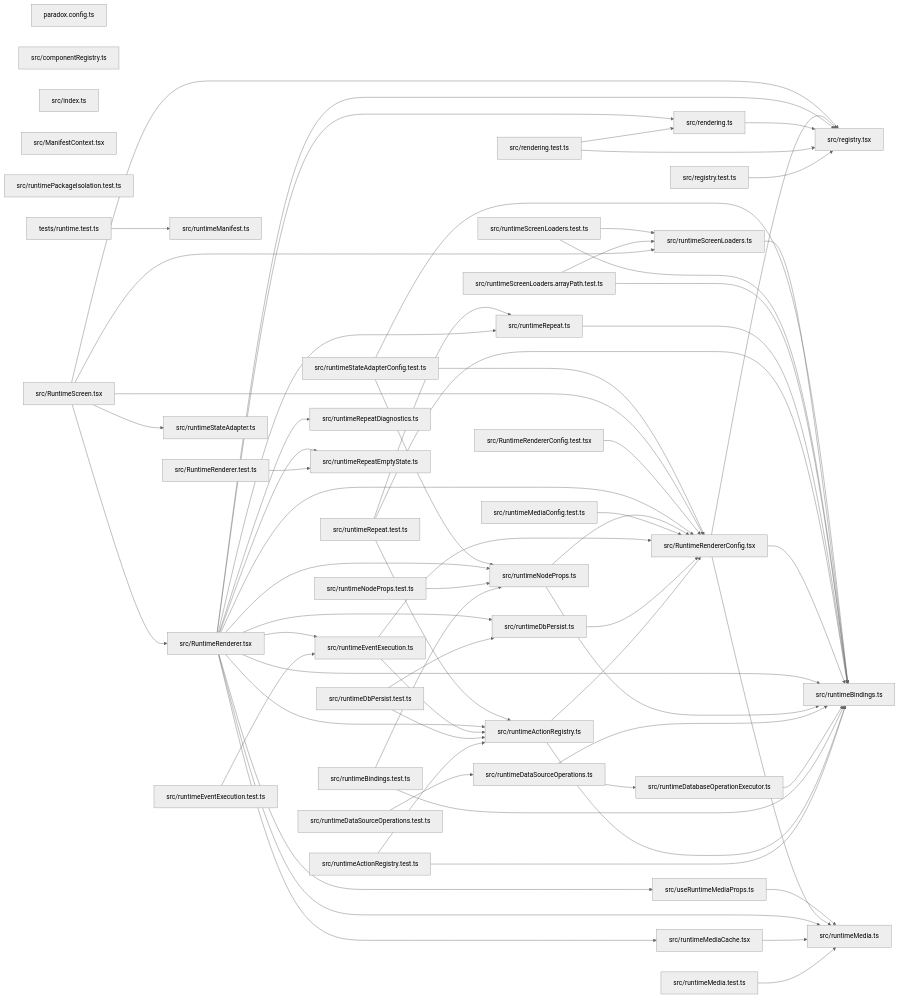
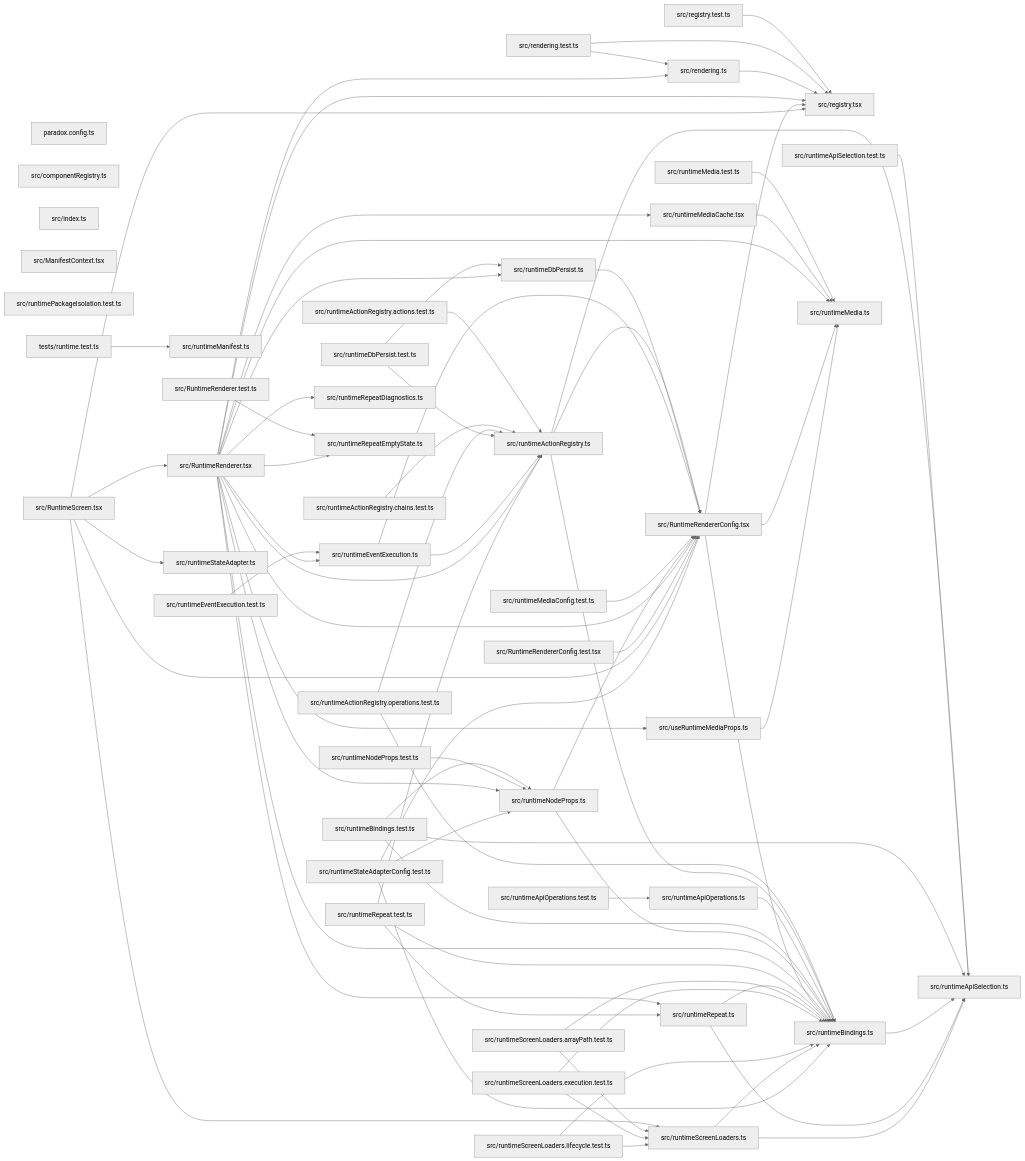
Before and after one commit to ankhorage/runtime: the diagram in paradox/diagrams/module-relationships.mmd, drawn with Mermaid (neutral theme). The commit also changed 10 other files, not shown here.

```diff
--- a/paradox/diagrams/module-relationships.mmd
+++ b/paradox/diagrams/module-relationships.mmd
@@ -1,108 +1,120 @@
 graph LR
   module_paradox_config_ts["paradox.config.ts"]
   module_src_componentRegistry_ts["src/componentRegistry.ts"]
   module_src_index_ts["src/index.ts"]
   module_src_ManifestContext_tsx["src/ManifestContext.tsx"]
   module_src_registry_test_ts["src/registry.test.ts"]
   module_src_registry_tsx["src/registry.tsx"]
   module_src_rendering_test_ts["src/rendering.test.ts"]
   module_src_rendering_ts["src/rendering.ts"]
-  module_src_runtimeActionRegistry_test_ts["src/runtimeActionRegistry.test.ts"]
+  module_src_runtimeActionRegistry_actions_test_ts["src/runtimeActionRegistry.actions.test.ts"]
+  module_src_runtimeActionRegistry_chains_test_ts["src/runtimeActionRegistry.chains.test.ts"]
+  module_src_runtimeActionRegistry_operations_test_ts["src/runtimeActionRegistry.operations.test.ts"]
   module_src_runtimeActionRegistry_ts["src/runtimeActionRegistry.ts"]
+  module_src_runtimeApiOperations_test_ts["src/runtimeApiOperations.test.ts"]
+  module_src_runtimeApiOperations_ts["src/runtimeApiOperations.ts"]
+  module_src_runtimeApiSelection_test_ts["src/runtimeApiSelection.test.ts"]
+  module_src_runtimeApiSelection_ts["src/runtimeApiSelection.ts"]
   module_src_runtimeBindings_test_ts["src/runtimeBindings.test.ts"]
   module_src_runtimeBindings_ts["src/runtimeBindings.ts"]
-  module_src_runtimeDatabaseOperationExecutor_ts["src/runtimeDatabaseOperationExecutor.ts"]
-  module_src_runtimeDataSourceOperations_test_ts["src/runtimeDataSourceOperations.test.ts"]
-  module_src_runtimeDataSourceOperations_ts["src/runtimeDataSourceOperations.ts"]
   module_src_runtimeDbPersist_test_ts["src/runtimeDbPersist.test.ts"]
   module_src_runtimeDbPersist_ts["src/runtimeDbPersist.ts"]
   module_src_runtimeEventExecution_test_ts["src/runtimeEventExecution.test.ts"]
   module_src_runtimeEventExecution_ts["src/runtimeEventExecution.ts"]
   module_src_runtimeManifest_ts["src/runtimeManifest.ts"]
   module_src_runtimeMedia_test_ts["src/runtimeMedia.test.ts"]
   module_src_runtimeMedia_ts["src/runtimeMedia.ts"]
   module_src_runtimeMediaCache_tsx["src/runtimeMediaCache.tsx"]
   module_src_runtimeMediaConfig_test_ts["src/runtimeMediaConfig.test.ts"]
   module_src_runtimeNodeProps_test_ts["src/runtimeNodeProps.test.ts"]
   module_src_runtimeNodeProps_ts["src/runtimeNodeProps.ts"]
   module_src_runtimePackageIsolation_test_ts["src/runtimePackageIsolation.test.ts"]
   module_src_RuntimeRenderer_test_ts["src/RuntimeRenderer.test.ts"]
   module_src_RuntimeRenderer_tsx["src/RuntimeRenderer.tsx"]
   module_src_RuntimeRendererConfig_test_tsx["src/RuntimeRendererConfig.test.tsx"]
   module_src_RuntimeRendererConfig_tsx["src/RuntimeRendererConfig.tsx"]
   module_src_runtimeRepeat_test_ts["src/runtimeRepeat.test.ts"]
   module_src_runtimeRepeat_ts["src/runtimeRepeat.ts"]
   module_src_runtimeRepeatDiagnostics_ts["src/runtimeRepeatDiagnostics.ts"]
   module_src_runtimeRepeatEmptyState_ts["src/runtimeRepeatEmptyState.ts"]
   module_src_RuntimeScreen_tsx["src/RuntimeScreen.tsx"]
   module_src_runtimeScreenLoaders_arrayPath_test_ts["src/runtimeScreenLoaders.arrayPath.test.ts"]
-  module_src_runtimeScreenLoaders_test_ts["src/runtimeScreenLoaders.test.ts"]
+  module_src_runtimeScreenLoaders_execution_test_ts["src/runtimeScreenLoaders.execution.test.ts"]
+  module_src_runtimeScreenLoaders_lifecycle_test_ts["src/runtimeScreenLoaders.lifecycle.test.ts"]
   module_src_runtimeScreenLoaders_ts["src/runtimeScreenLoaders.ts"]
   module_src_runtimeStateAdapter_ts["src/runtimeStateAdapter.ts"]
   module_src_runtimeStateAdapterConfig_test_ts["src/runtimeStateAdapterConfig.test.ts"]
   module_src_useRuntimeMediaProps_ts["src/useRuntimeMediaProps.ts"]
   module_tests_runtime_test_ts["tests/runtime.test.ts"]
   module_src_registry_test_ts --> module_src_registry_tsx
   module_src_rendering_test_ts --> module_src_registry_tsx
   module_src_rendering_test_ts --> module_src_rendering_ts
   module_src_rendering_ts --> module_src_registry_tsx
-  module_src_runtimeActionRegistry_test_ts --> module_src_runtimeActionRegistry_ts
-  module_src_runtimeActionRegistry_test_ts --> module_src_runtimeBindings_ts
+  module_src_runtimeActionRegistry_actions_test_ts --> module_src_runtimeActionRegistry_ts
+  module_src_runtimeActionRegistry_chains_test_ts --> module_src_runtimeActionRegistry_ts
+  module_src_runtimeActionRegistry_operations_test_ts --> module_src_runtimeActionRegistry_ts
+  module_src_runtimeActionRegistry_operations_test_ts --> module_src_runtimeBindings_ts
+  module_src_runtimeActionRegistry_ts --> module_src_runtimeApiSelection_ts
   module_src_runtimeActionRegistry_ts --> module_src_runtimeBindings_ts
   module_src_runtimeActionRegistry_ts --> module_src_RuntimeRendererConfig_tsx
+  module_src_runtimeApiOperations_test_ts --> module_src_runtimeApiOperations_ts
+  module_src_runtimeApiOperations_ts --> module_src_runtimeBindings_ts
+  module_src_runtimeApiSelection_test_ts --> module_src_runtimeApiSelection_ts
+  module_src_runtimeBindings_test_ts --> module_src_runtimeApiSelection_ts
   module_src_runtimeBindings_test_ts --> module_src_runtimeBindings_ts
   module_src_runtimeBindings_test_ts --> module_src_runtimeNodeProps_ts
-  module_src_runtimeDatabaseOperationExecutor_ts --> module_src_runtimeBindings_ts
-  module_src_runtimeDataSourceOperations_test_ts --> module_src_runtimeDataSourceOperations_ts
-  module_src_runtimeDataSourceOperations_ts --> module_src_runtimeBindings_ts
-  module_src_runtimeDataSourceOperations_ts --> module_src_runtimeDatabaseOperationExecutor_ts
+  module_src_runtimeBindings_ts --> module_src_runtimeApiSelection_ts
   module_src_runtimeDbPersist_test_ts --> module_src_runtimeActionRegistry_ts
   module_src_runtimeDbPersist_test_ts --> module_src_runtimeDbPersist_ts
   module_src_runtimeDbPersist_ts --> module_src_RuntimeRendererConfig_tsx
   module_src_runtimeEventExecution_test_ts --> module_src_runtimeEventExecution_ts
   module_src_runtimeEventExecution_ts --> module_src_runtimeActionRegistry_ts
   module_src_runtimeEventExecution_ts --> module_src_RuntimeRendererConfig_tsx
   module_src_runtimeMedia_test_ts --> module_src_runtimeMedia_ts
   module_src_runtimeMediaCache_tsx --> module_src_runtimeMedia_ts
   module_src_runtimeMediaConfig_test_ts --> module_src_RuntimeRendererConfig_tsx
   module_src_runtimeNodeProps_test_ts --> module_src_runtimeNodeProps_ts
   module_src_runtimeNodeProps_ts --> module_src_runtimeBindings_ts
   module_src_runtimeNodeProps_ts --> module_src_RuntimeRendererConfig_tsx
   module_src_RuntimeRenderer_test_ts --> module_src_runtimeRepeatEmptyState_ts
   module_src_RuntimeRenderer_tsx --> module_src_registry_tsx
   module_src_RuntimeRenderer_tsx --> module_src_rendering_ts
   module_src_RuntimeRenderer_tsx --> module_src_runtimeActionRegistry_ts
   module_src_RuntimeRenderer_tsx --> module_src_runtimeBindings_ts
   module_src_RuntimeRenderer_tsx --> module_src_runtimeDbPersist_ts
   module_src_RuntimeRenderer_tsx --> module_src_runtimeEventExecution_ts
   module_src_RuntimeRenderer_tsx --> module_src_runtimeMedia_ts
   module_src_RuntimeRenderer_tsx --> module_src_runtimeMediaCache_tsx
   module_src_RuntimeRenderer_tsx --> module_src_runtimeNodeProps_ts
   module_src_RuntimeRenderer_tsx --> module_src_RuntimeRendererConfig_tsx
   module_src_RuntimeRenderer_tsx --> module_src_runtimeRepeat_ts
   module_src_RuntimeRenderer_tsx --> module_src_runtimeRepeatDiagnostics_ts
   module_src_RuntimeRenderer_tsx --> module_src_runtimeRepeatEmptyState_ts
   module_src_RuntimeRenderer_tsx --> module_src_useRuntimeMediaProps_ts
   module_src_RuntimeRendererConfig_test_tsx --> module_src_RuntimeRendererConfig_tsx
   module_src_RuntimeRendererConfig_tsx --> module_src_registry_tsx
   module_src_RuntimeRendererConfig_tsx --> module_src_runtimeBindings_ts
   module_src_RuntimeRendererConfig_tsx --> module_src_runtimeMedia_ts
   module_src_runtimeRepeat_test_ts --> module_src_runtimeActionRegistry_ts
   module_src_runtimeRepeat_test_ts --> module_src_runtimeBindings_ts
   module_src_runtimeRepeat_test_ts --> module_src_runtimeRepeat_ts
+  module_src_runtimeRepeat_ts --> module_src_runtimeApiSelection_ts
   module_src_runtimeRepeat_ts --> module_src_runtimeBindings_ts
   module_src_RuntimeScreen_tsx --> module_src_registry_tsx
   module_src_RuntimeScreen_tsx --> module_src_RuntimeRenderer_tsx
   module_src_RuntimeScreen_tsx --> module_src_RuntimeRendererConfig_tsx
   module_src_RuntimeScreen_tsx --> module_src_runtimeScreenLoaders_ts
   module_src_RuntimeScreen_tsx --> module_src_runtimeStateAdapter_ts
   module_src_runtimeScreenLoaders_arrayPath_test_ts --> module_src_runtimeBindings_ts
   module_src_runtimeScreenLoaders_arrayPath_test_ts --> module_src_runtimeScreenLoaders_ts
-  module_src_runtimeScreenLoaders_test_ts --> module_src_runtimeBindings_ts
-  module_src_runtimeScreenLoaders_test_ts --> module_src_runtimeScreenLoaders_ts
+  module_src_runtimeScreenLoaders_execution_test_ts --> module_src_runtimeBindings_ts
+  module_src_runtimeScreenLoaders_execution_test_ts --> module_src_runtimeScreenLoaders_ts
+  module_src_runtimeScreenLoaders_lifecycle_test_ts --> module_src_runtimeBindings_ts
+  module_src_runtimeScreenLoaders_lifecycle_test_ts --> module_src_runtimeScreenLoaders_ts
+  module_src_runtimeScreenLoaders_ts --> module_src_runtimeApiSelection_ts
   module_src_runtimeScreenLoaders_ts --> module_src_runtimeBindings_ts
   module_src_runtimeStateAdapterConfig_test_ts --> module_src_runtimeBindings_ts
   module_src_runtimeStateAdapterConfig_test_ts --> module_src_runtimeNodeProps_ts
   module_src_runtimeStateAdapterConfig_test_ts --> module_src_RuntimeRendererConfig_tsx
   module_src_useRuntimeMediaProps_ts --> module_src_runtimeMedia_ts
   module_tests_runtime_test_ts --> module_src_runtimeManifest_ts
```
